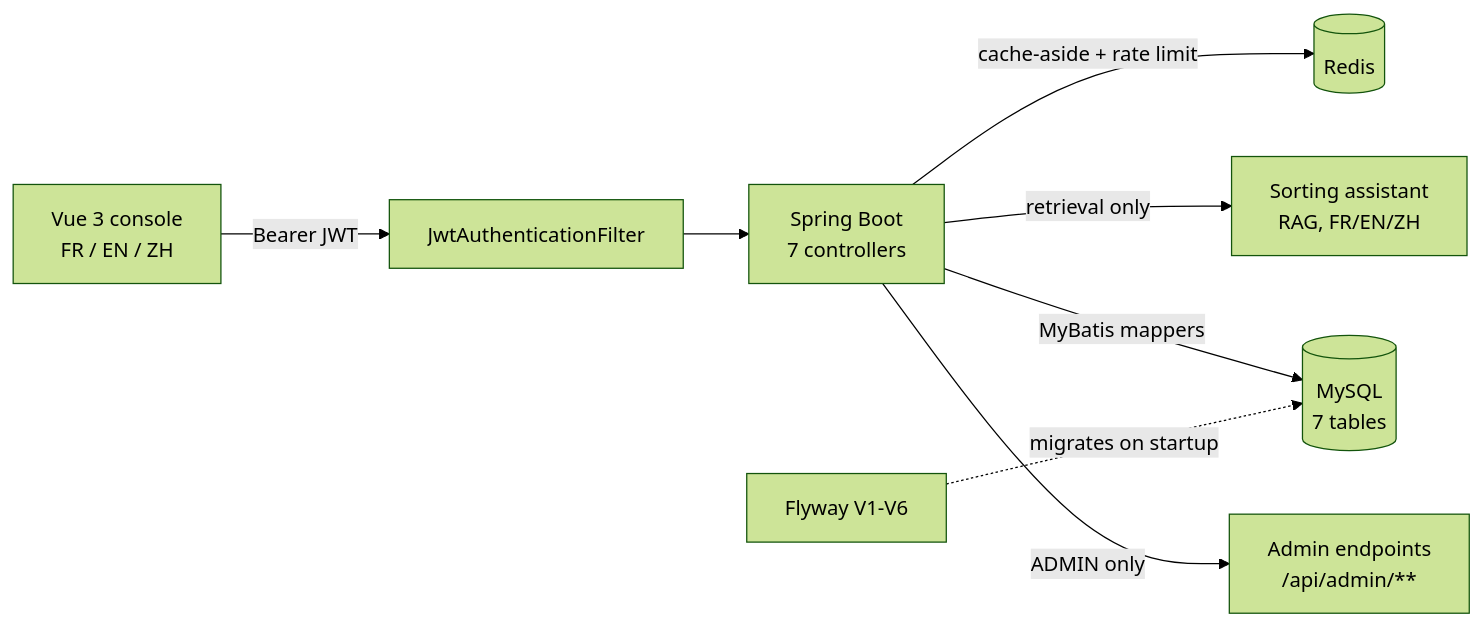
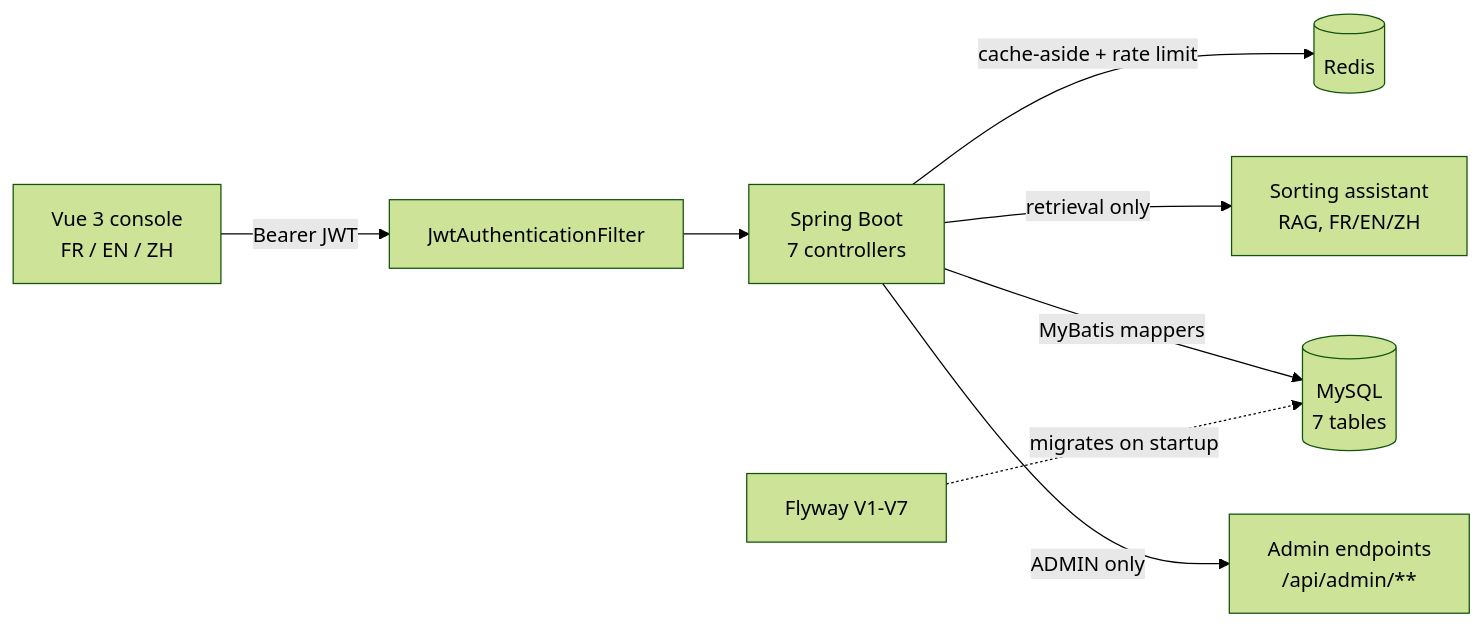
Before and after one commit to kingmars2022/blainville-waste-sorting: the diagram in README.md, drawn with Mermaid (forest theme). The commit also changed other lines of this file and 14 other files, not shown here.

````diff
--- a/README.md
+++ b/README.md
@@ -8,10 +8,10 @@
 ```mermaid
 flowchart LR
     V["Vue 3 console<br/>FR / EN / ZH"] -->|"Bearer JWT"| F["JwtAuthenticationFilter"]
     F --> A["Spring Boot<br/>7 controllers"]
     A -->|"cache-aside + rate limit"| R[("Redis")]
     A -->|"retrieval only"| AI["Sorting assistant<br/>RAG, FR/EN/ZH"]
     A -->|"MyBatis mappers"| D[("MySQL<br/>7 tables")]
-    FW["Flyway V1-V6"] -.->|"migrates on startup"| D
+    FW["Flyway V1-V7"] -.->|"migrates on startup"| D
     A -->|"ADMIN only"| ADM["Admin endpoints<br/>/api/admin/**"]
 ```
````
